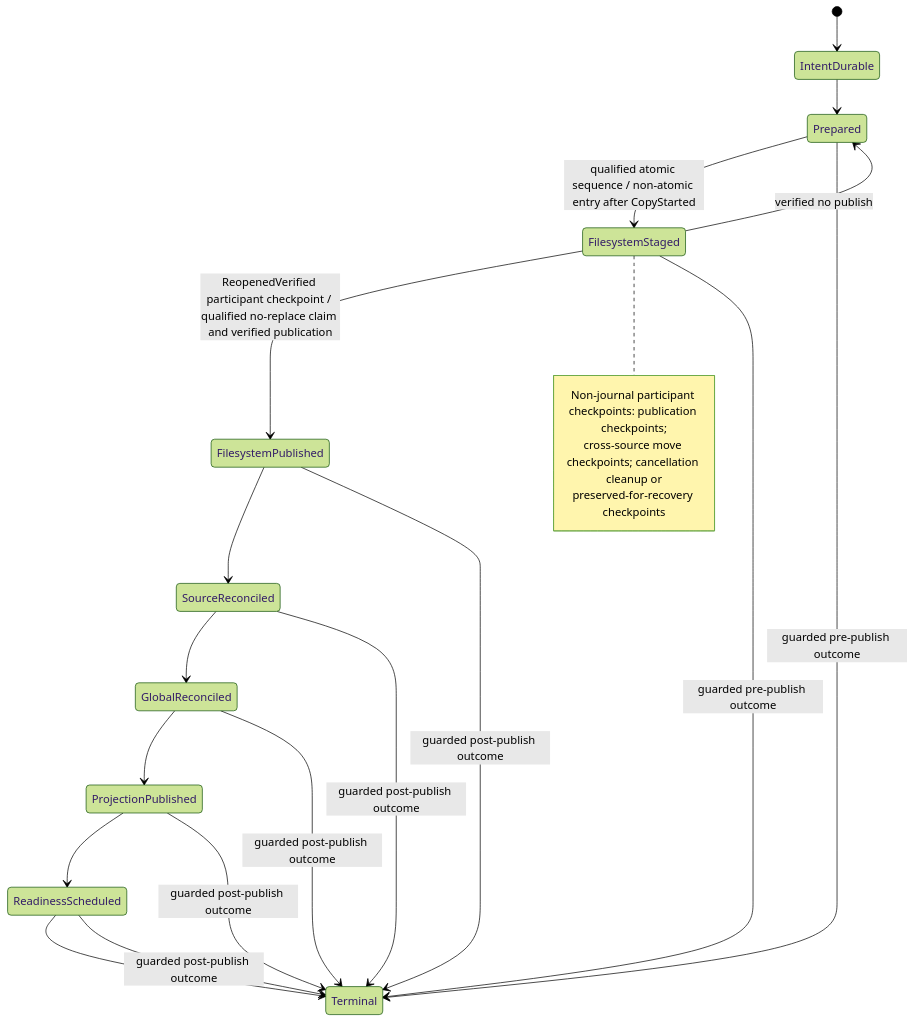
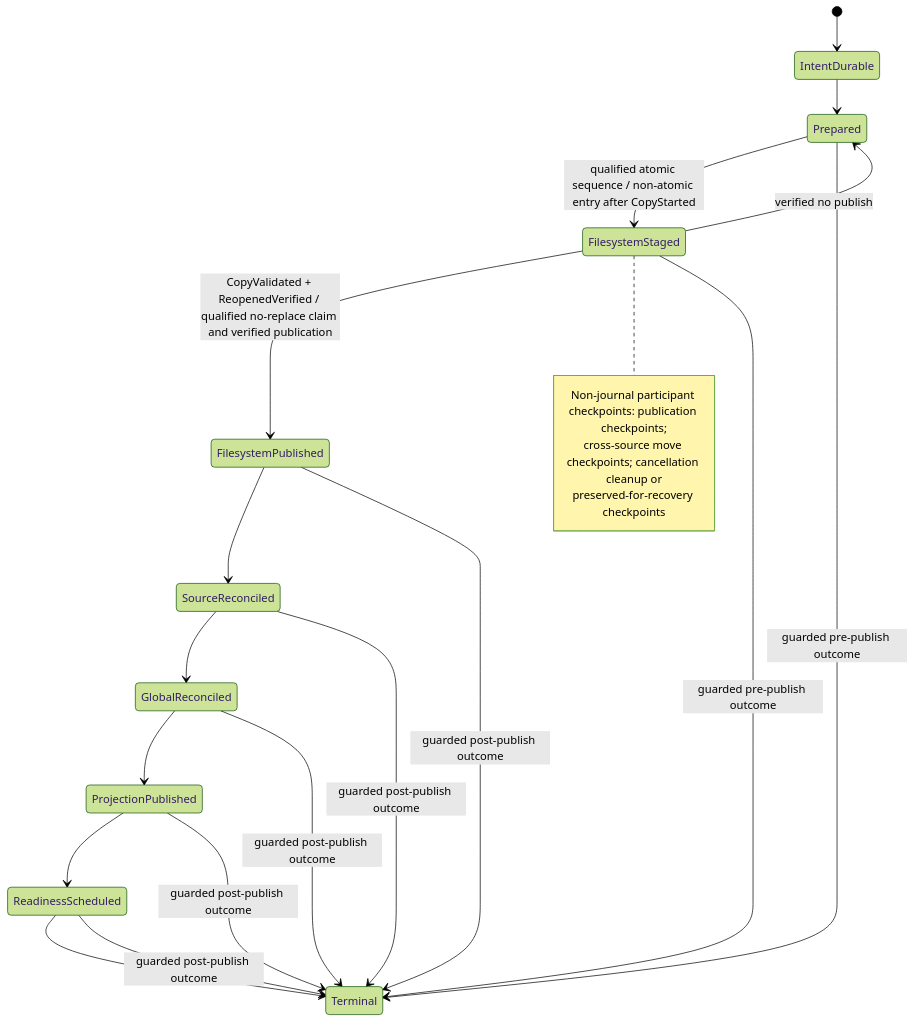
The diagram in docs/IO_ARCHITECTURE_TARGET.md (PORTALSURFER/sempal), drawn with Mermaid (forest theme) before and after one commit. The commit also changed other lines of this file, not shown here.

Commit message:
docs: gate publication on validated staging

````diff
--- a/docs/IO_ARCHITECTURE_TARGET.md
+++ b/docs/IO_ARCHITECTURE_TARGET.md
@@ -610,25 +619,25 @@
 ```mermaid
 stateDiagram-v2
     [*] --> IntentDurable
     IntentDurable --> Prepared
     Prepared --> FilesystemStaged : qualified atomic sequence / non-atomic entry after CopyStarted
     FilesystemStaged --> Prepared : verified no publish
-    FilesystemStaged --> FilesystemPublished : ReopenedVerified participant checkpoint / qualified no-replace claim and verified publication
+    FilesystemStaged --> FilesystemPublished : CopyValidated + ReopenedVerified / qualified no-replace claim and verified publication
     note right of FilesystemStaged
         Non-journal participant checkpoints: publication checkpoints;
         cross-source move checkpoints; cancellation cleanup or
         preserved-for-recovery checkpoints
     end note
     FilesystemPublished --> SourceReconciled
     SourceReconciled --> GlobalReconciled
     GlobalReconciled --> ProjectionPublished
     ProjectionPublished --> ReadinessScheduled
     ReadinessScheduled --> Terminal
     Prepared --> Terminal : guarded pre-publish outcome
     FilesystemStaged --> Terminal : guarded pre-publish outcome
     FilesystemPublished --> Terminal : guarded post-publish outcome
     SourceReconciled --> Terminal : guarded post-publish outcome
     GlobalReconciled --> Terminal : guarded post-publish outcome
     ProjectionPublished --> Terminal : guarded post-publish outcome
     ReadinessScheduled --> Terminal : guarded post-publish outcome
 ```
````
